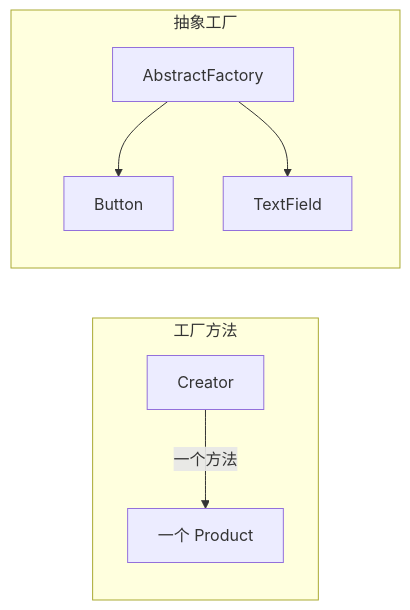
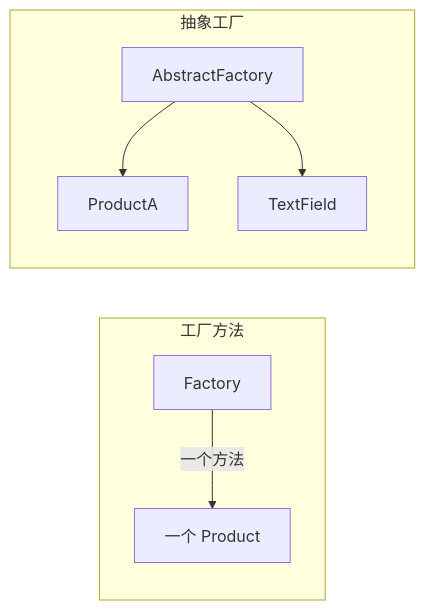
The ninth of 9 diagrams in docs/creational/factory_method.md (zackdlut/design_pattern), drawn with Mermaid before and after one commit. The commit also changed other lines of this file and 12 other files, not shown here.

````diff
--- a/docs/creational/factory_method.md
+++ b/docs/creational/factory_method.md
@@ -334,10 +322,10 @@
 ```mermaid
 flowchart LR
   subgraph FM[工厂方法]
-    C1[Creator] -->|一个方法| P1[一个 Product]
+    C1[Factory] -->|一个方法| P1[一个 Product]
   end
   subgraph AF[抽象工厂]
-    F2[AbstractFactory] --> B[Button]
+    F2[AbstractFactory] --> B[ProductA]
     F2 --> I[TextField]
   end
 ```
````
